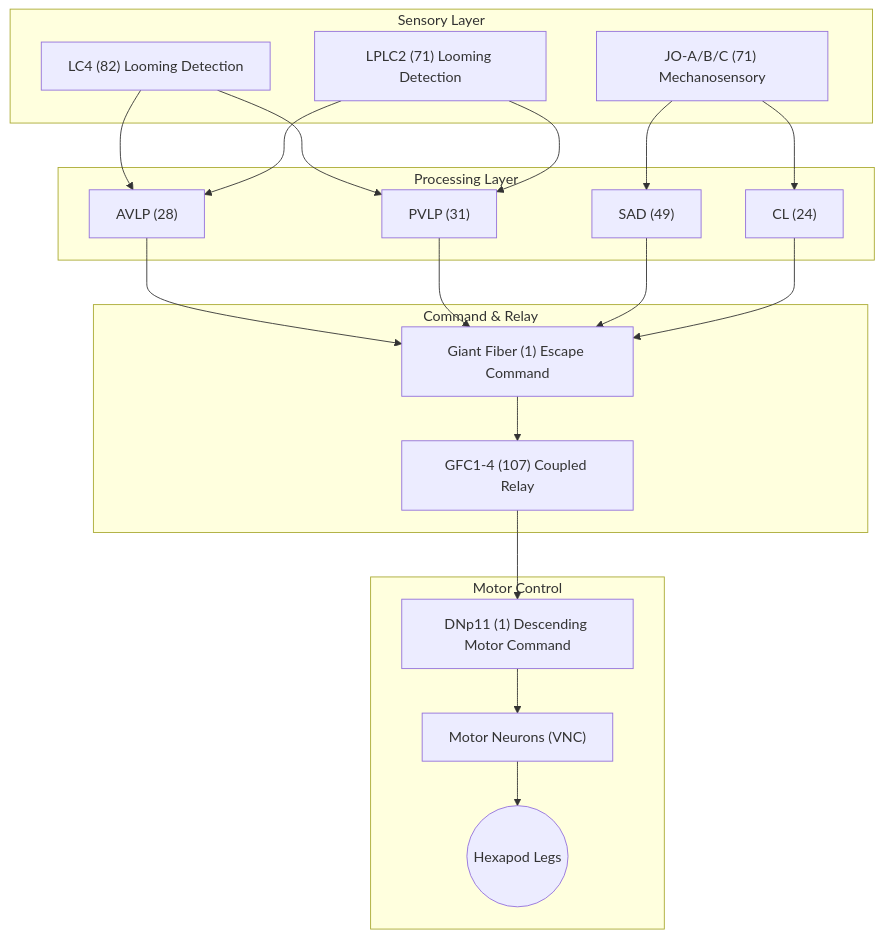
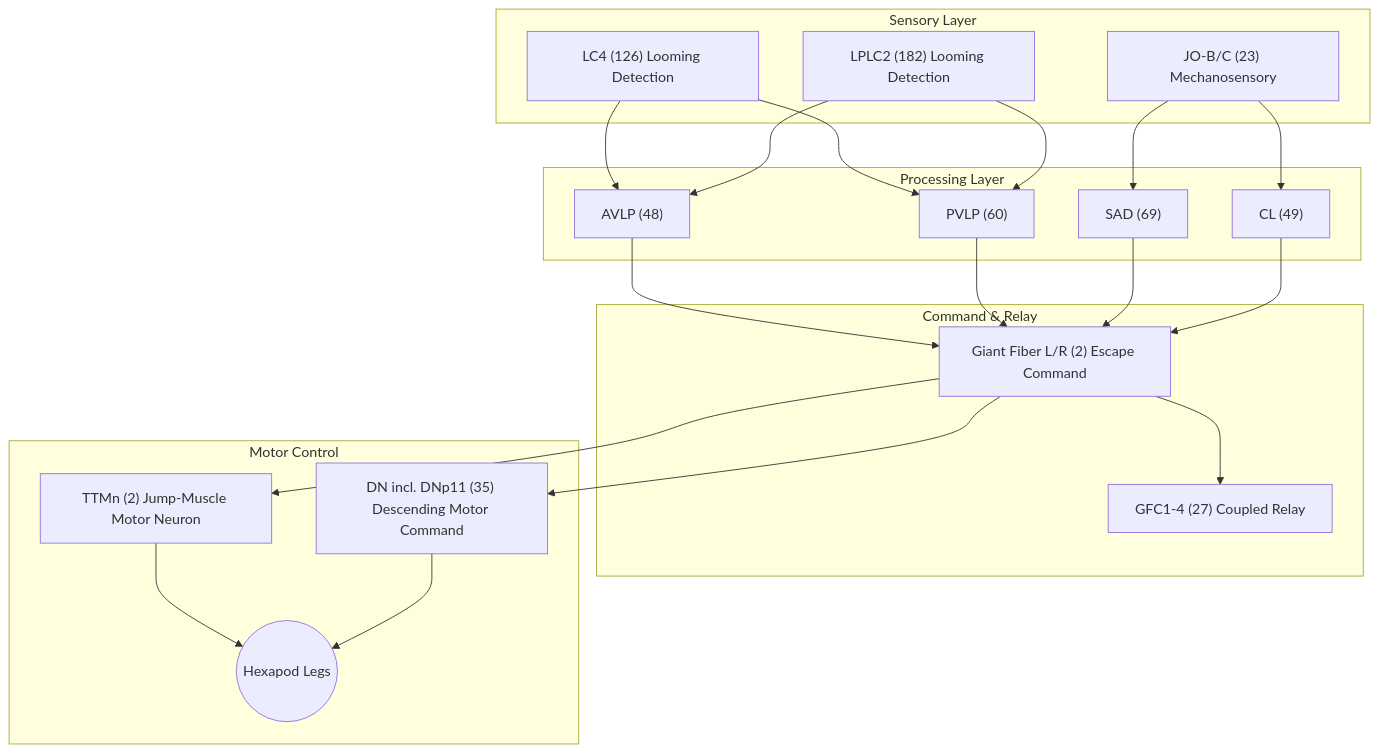
One commit to shakeabhishek/project-neurohex changed the second of 3 diagrams in README.md. Above: the diagram before and after it, drawn with Mermaid. The commit also changed other lines of this file and 8 other files, not shown here.

````diff
--- a/README.md
+++ b/README.md
@@ -55,43 +57,44 @@
 ```mermaid
 flowchart TD
     subgraph Sensory Layer
-        LC4["LC4 (82) Looming Detection"]
-        LPLC2["LPLC2 (71) Looming Detection"]
-        JO["JO-A/B/C (71) Mechanosensory"]
+        LC4["LC4 (126) Looming Detection"]
+        LPLC2["LPLC2 (182) Looming Detection"]
+        JO["JO-B/C (23) Mechanosensory"]
     end
 
     subgraph Processing Layer
-        AVLP["AVLP (28)"]
-        PVLP["PVLP (31)"]
-        SAD["SAD (49)"]
-        CL["CL (24)"]
+        AVLP["AVLP (48)"]
+        PVLP["PVLP (60)"]
+        SAD["SAD (69)"]
+        CL["CL (49)"]
     end
 
     subgraph Command & Relay
-        GF["Giant Fiber (1) Escape Command"]
-        GFC["GFC1-4 (107) Coupled Relay"]
+        GF["Giant Fiber L/R (2) Escape Command"]
+        GFC["GFC1-4 (27) Coupled Relay"]
     end
 
     subgraph Motor Control
-        DN["DNp11 (1) Descending Motor Command"]
-        MN["Motor Neurons (VNC)"]
+        TTMn["TTMn (2) Jump-Muscle Motor Neuron"]
+        DN["DN incl. DNp11 (35) Descending Motor Command"]
         Legs(("Hexapod Legs"))
     end
 
     LC4 --> AVLP
     LC4 --> PVLP
     LPLC2 --> AVLP
     LPLC2 --> PVLP
     JO --> SAD
     JO --> CL
     
     AVLP --> GF
     PVLP --> GF
     SAD --> GF
     CL --> GF
     
     GF --> GFC
-    GFC --> DN
-    DN --> MN
-    MN --> Legs
+    GF --> TTMn
+    GF --> DN
+    TTMn --> Legs
+    DN --> Legs
 ```
````
